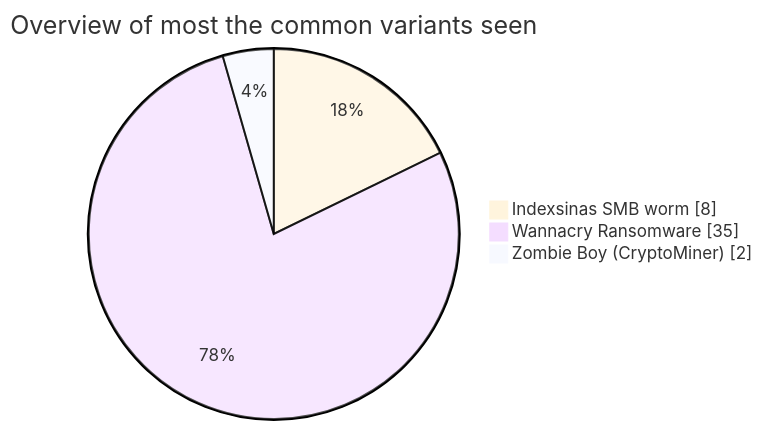
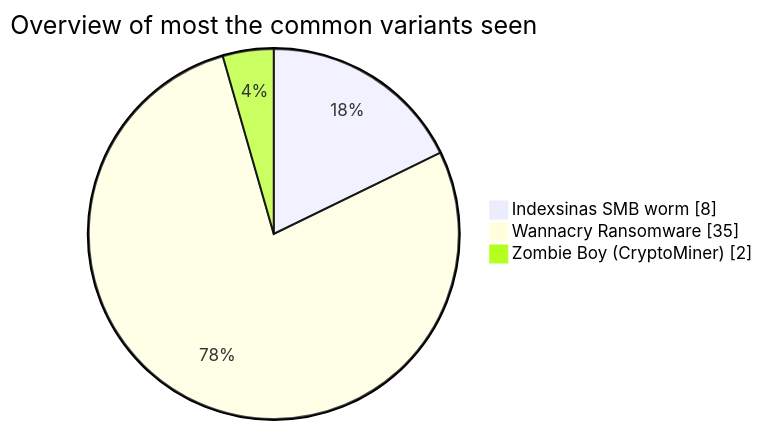
One commit to tonyx774/HoneyPot-Analysis changed the first of 2 diagrams in README.md. Above: the diagram before and after it, drawn with Mermaid.

````diff
--- a/README.md
+++ b/README.md
@@ -6,9 +6,9 @@
 ```mermaid 
-%%{init: {'theme':'base'}}%%
+
 pie showData
     title Overview of most the common variants seen
     "Indexsinas SMB worm" : 8
     "Wannacry Ransomware" : 35
     "Zombie Boy (CryptoMiner)" : 2
 
 ```
````
